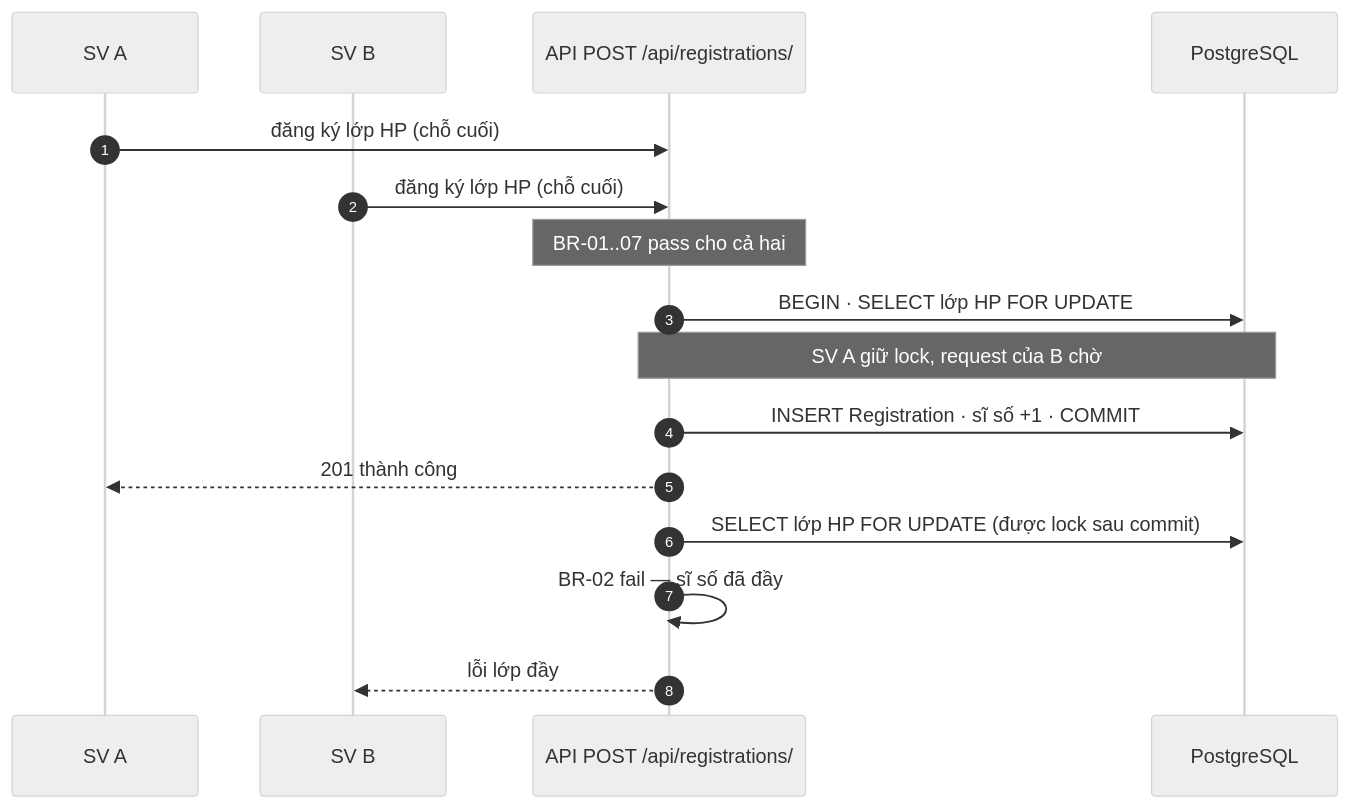
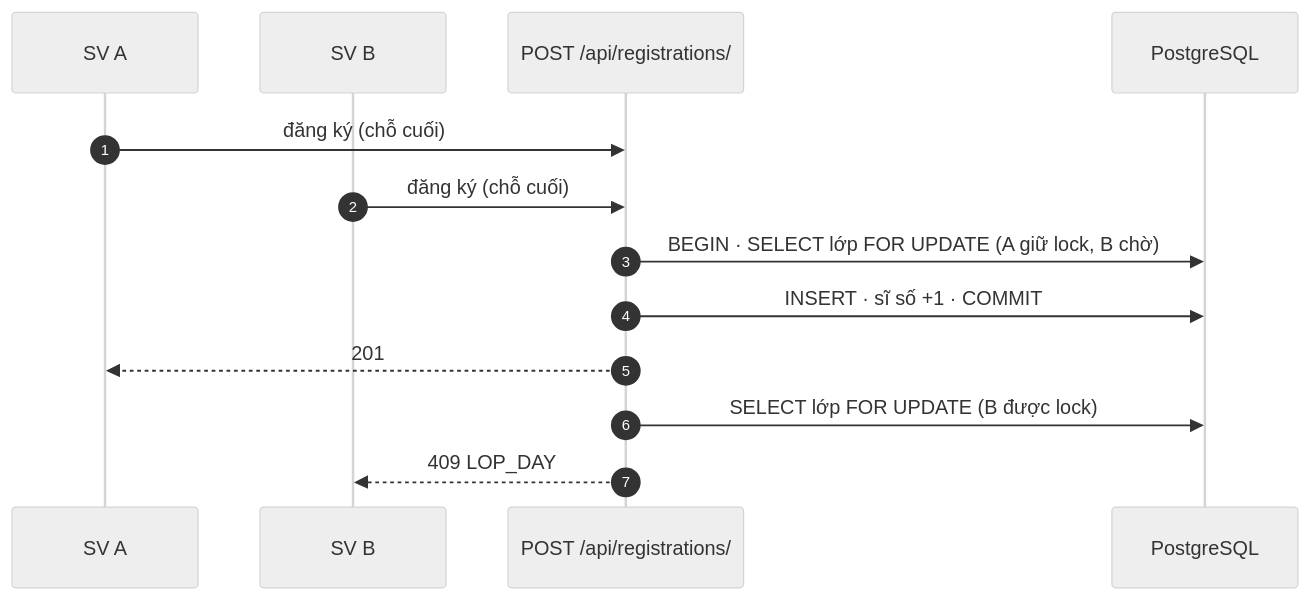
One commit to ThaiSon-123/HeThongDangKyMonHoc changed the second of 3 diagrams in plan.md. Above: the diagram before and after it, drawn with Mermaid (neutral theme). The commit also changed other lines of this file and 3 other files, not shown here.

````diff
--- a/plan.md
+++ b/plan.md
@@ -959,19 +655,15 @@
 ```mermaid
 sequenceDiagram
     autonumber
     participant A as SV A
     participant B as SV B
-    participant API as API POST /api/registrations/
+    participant API as POST /api/registrations/
     participant DB as PostgreSQL
-
-    A->>API: đăng ký lớp HP (chỗ cuối)
-    B->>API: đăng ký lớp HP (chỗ cuối)
-    Note over API: BR-01..07 pass cho cả hai
-    API->>DB: BEGIN · SELECT lớp HP FOR UPDATE
-    Note over API,DB: SV A giữ lock, request của B chờ
-    API->>DB: INSERT Registration · sĩ số +1 · COMMIT
-    API-->>A: 201 thành công
-    API->>DB: SELECT lớp HP FOR UPDATE (được lock sau commit)
-    API->>API: BR-02 fail — sĩ số đã đầy
-    API-->>B: lỗi lớp đầy
+    A->>API: đăng ký (chỗ cuối)
+    B->>API: đăng ký (chỗ cuối)
+    API->>DB: BEGIN · SELECT lớp FOR UPDATE (A giữ lock, B chờ)
+    API->>DB: INSERT · sĩ số +1 · COMMIT
+    API-->>A: 201
+    API->>DB: SELECT lớp FOR UPDATE (B được lock)
+    API-->>B: 409 LOP_DAY
 ```
````
